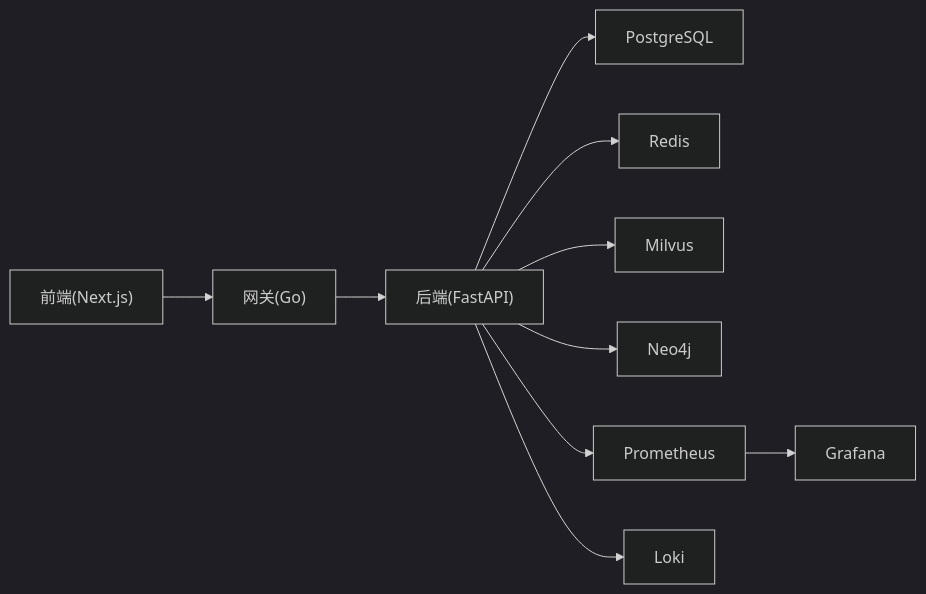
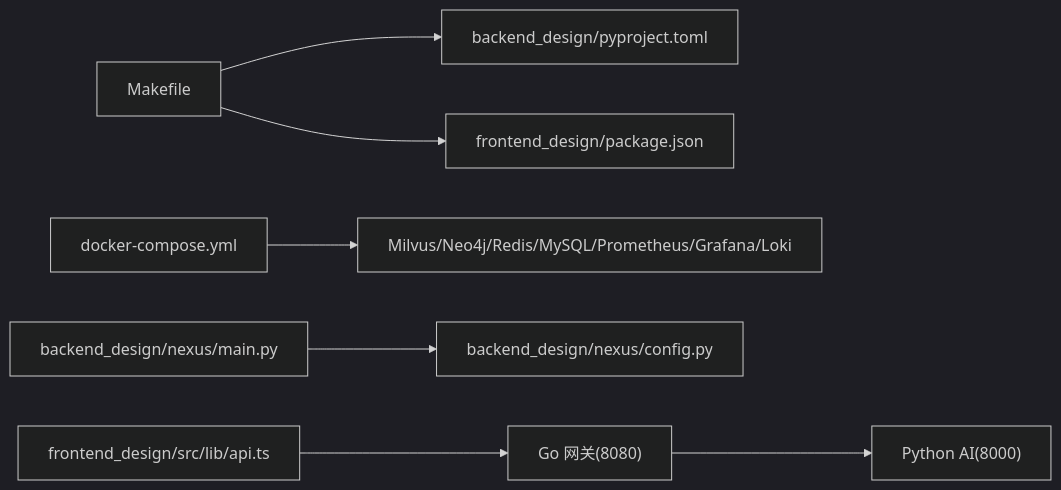
Before and after one commit to zmdhdu/NexusCockpit: the third of 3 diagrams in .qoder/repowiki/zh/content/项目概述/快速开始指南.md, drawn with Mermaid (dark theme). The commit also changed other lines of this file and 516 other files, not shown here.

````diff
--- a/.qoder/repowiki/zh/content/项目概述/快速开始指南.md
+++ b/.qoder/repowiki/zh/content/项目概述/快速开始指南.md
@@ -268,12 +175,9 @@
 ```mermaid
 graph LR
-FE["前端(Next.js)"] --> GW["网关(Go)"]
-GW --> BE["后端(FastAPI)"]
-BE --> PG["PostgreSQL"]
-BE --> RD["Redis"]
-BE --> MV["Milvus"]
-BE --> NG["Neo4j"]
-BE --> PROM["Prometheus"]
-PROM --> GRAF["Grafana"]
-BE --> LOKI["Loki"]
+A["Makefile"] --> B["backend_design/pyproject.toml"]
+A --> C["frontend_design/package.json"]
+D["docker-compose.yml"] --> E["Milvus/Neo4j/Redis/MySQL/Prometheus/Grafana/Loki"]
+F["backend_design/nexus/main.py"] --> G["backend_design/nexus/config.py"]
+H["frontend_design/src/lib/api.ts"] --> I["Go 网关(8080)"]
+I --> J["Python AI(8000)"]
 ```
````
